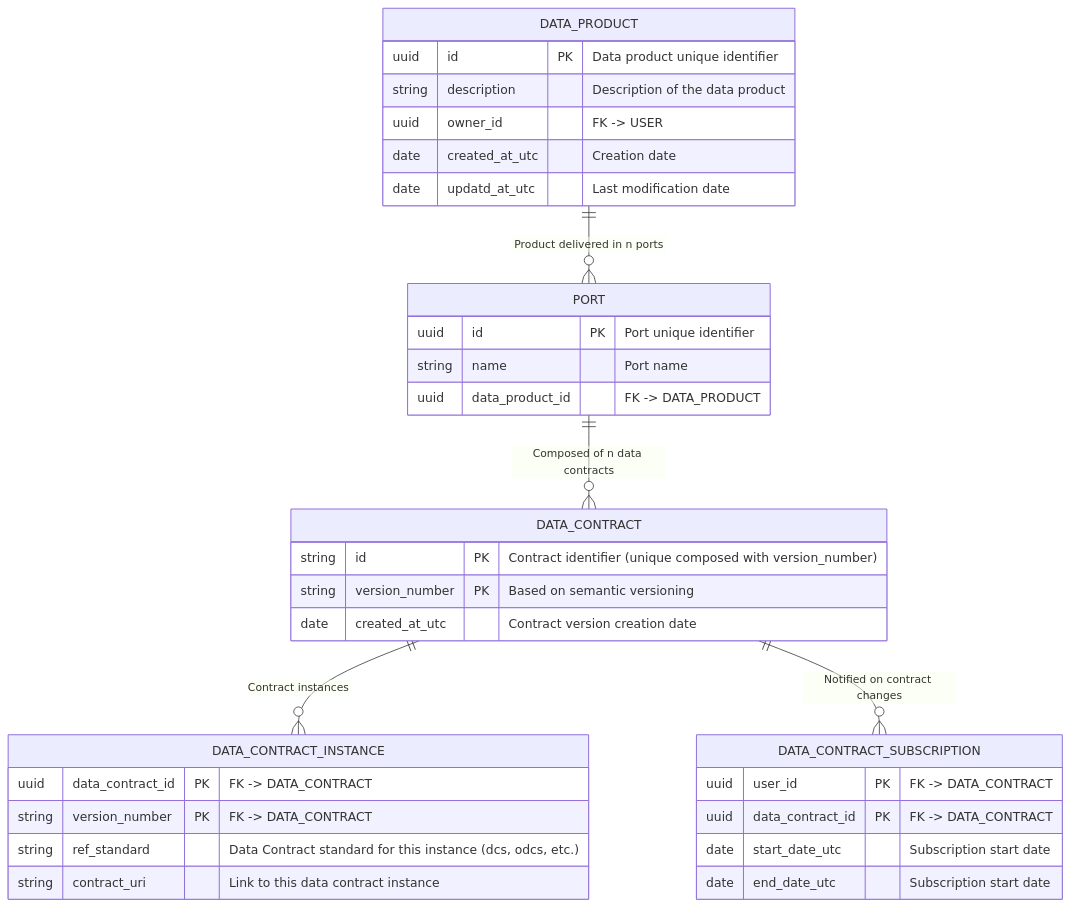
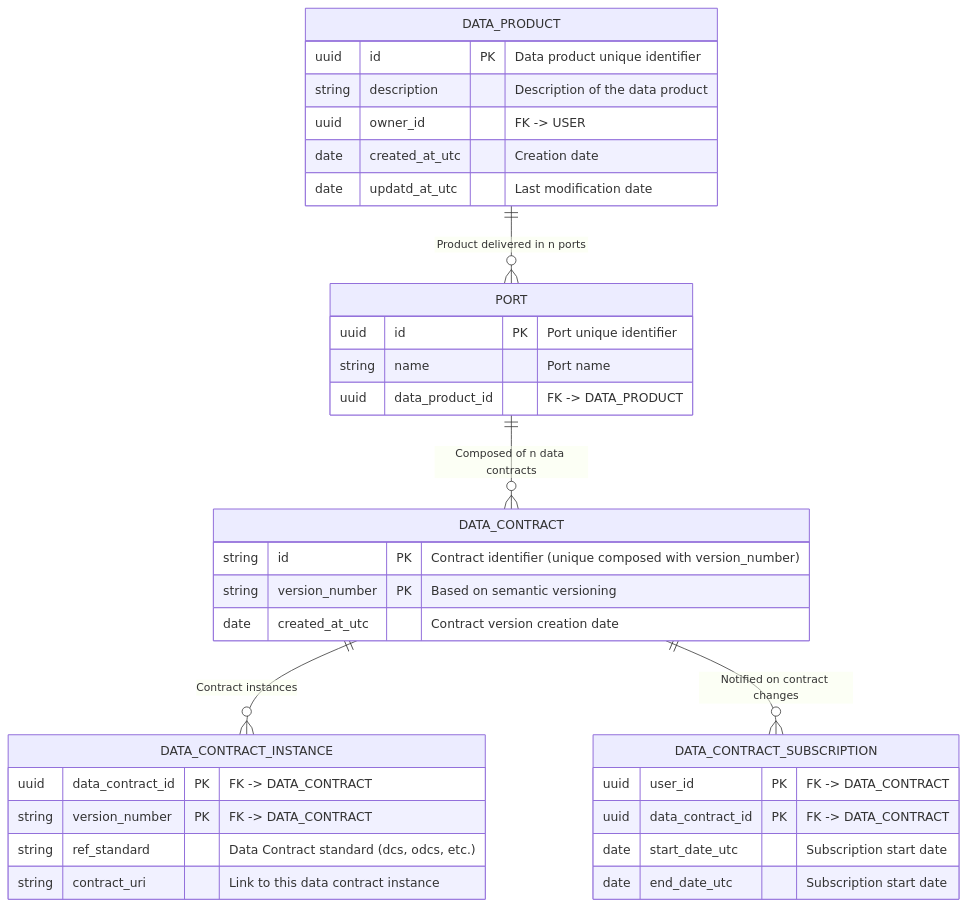
Before and after one commit to monmaya/base-impl: the diagram in docs/relational_model.md, drawn with Mermaid.

````diff
--- a/docs/relational_model.md
+++ b/docs/relational_model.md
@@ -5,46 +5,46 @@
 ```mermaid
 
 erDiagram
 
     DATA_PRODUCT {
         uuid id PK "Data product unique identifier"
         string description "Description of the data product"
         uuid owner_id "FK -> USER"
         date created_at_utc "Creation date"
         date updatd_at_utc "Last modification date"
     }
 
     PORT {
         uuid id PK "Port unique identifier"
         string name "Port name"
         uuid data_product_id "FK -> DATA_PRODUCT"
     }
 
     DATA_CONTRACT {
         string id PK "Contract identifier (unique composed with version_number)"
         string version_number PK "Based on semantic versioning"
         date created_at_utc "Contract version creation date"
     }
 
     DATA_CONTRACT_INSTANCE {
         uuid data_contract_id PK "FK -> DATA_CONTRACT"
         string version_number PK "FK -> DATA_CONTRACT"
-        string ref_standard "Data Contract standard for this instance (dcs, odcs, etc.)"
+        string ref_standard "Data Contract standard (dcs, odcs, etc.)"
         string contract_uri "Link to this data contract instance"
     }
     
     DATA_CONTRACT_SUBSCRIPTION {
         uuid user_id PK "FK -> DATA_CONTRACT"
         uuid data_contract_id PK "FK -> DATA_CONTRACT"
         date start_date_utc "Subscription start date"
         date end_date_utc "Subscription start date"
     }
 
 
     DATA_PRODUCT ||--o{ PORT : "Product delivered in n ports"
     PORT ||--o{ DATA_CONTRACT : "Composed of n data contracts"
     DATA_CONTRACT ||--o{ DATA_CONTRACT_INSTANCE : "Contract instances"
     DATA_CONTRACT ||--o{ DATA_CONTRACT_SUBSCRIPTION : "Notified on contract changes"
 
 
   ```
````
